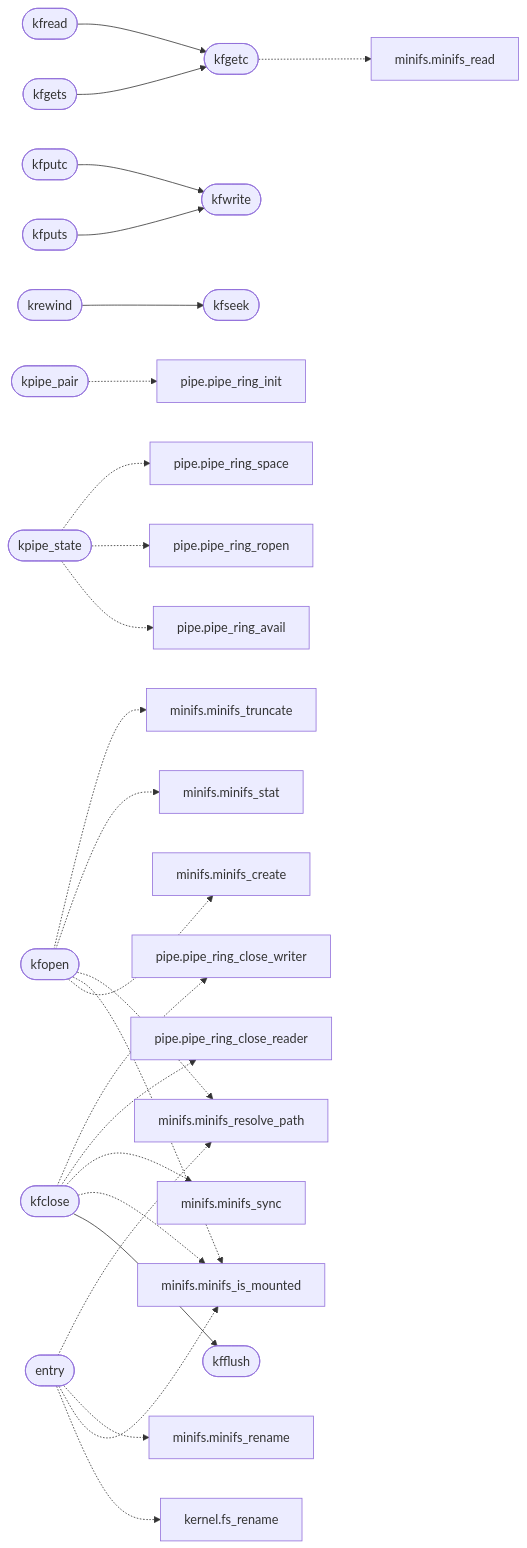
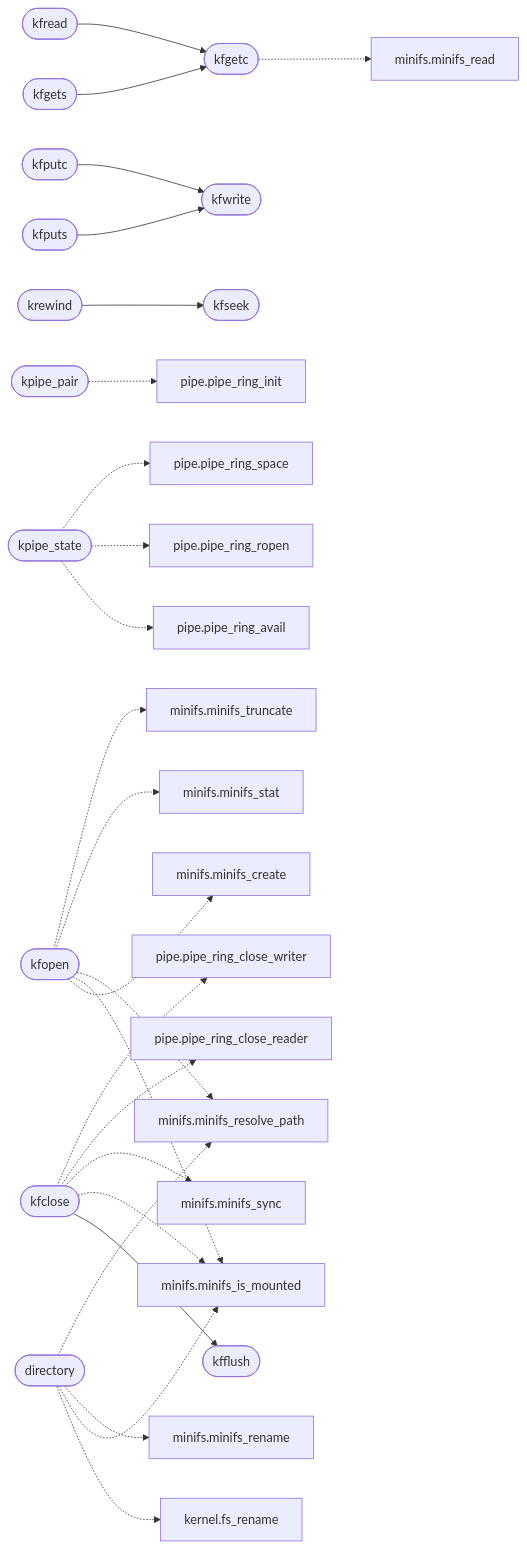
One commit to grisuno/miniOS changed the diagram in readmenator-apidocs/modules/fs.kfile.c.md. Above: the diagram before and after it, drawn with Mermaid. The commit also changed other lines of this file and 138 other files, not shown here.

````diff
--- a/readmenator-apidocs/modules/fs.kfile.c.md
+++ b/readmenator-apidocs/modules/fs.kfile.c.md
@@ -15,56 +15,56 @@
 ```mermaid
 flowchart LR
     n_fs_kfile_c__kfclose(["kfclose"])
     n_fs_kfile_c__kfflush(["kfflush"])
     n_fs_kfile_c__kfgets(["kfgets"])
     n_fs_kfile_c__kfgetc(["kfgetc"])
     n_fs_kfile_c__kfread(["kfread"])
     n_fs_kfile_c__kfputs(["kfputs"])
     n_fs_kfile_c__kfwrite(["kfwrite"])
     n_fs_kfile_c__kfputc(["kfputc"])
     n_fs_kfile_c__krewind(["krewind"])
     n_fs_kfile_c__kfseek(["kfseek"])
     n_fs_kfile_c__kpipe_pair(["kpipe_pair"])
     n_headers_pipe_h__pipe_ring_init["pipe.pipe_ring_init"]
     n_fs_kfile_c__kpipe_state(["kpipe_state"])
     n_headers_pipe_h__pipe_ring_avail["pipe.pipe_ring_avail"]
     n_headers_pipe_h__pipe_ring_ropen["pipe.pipe_ring_ropen"]
     n_headers_pipe_h__pipe_ring_space["pipe.pipe_ring_space"]
     n_fs_kfile_c__kfopen(["kfopen"])
     n_headers_minifs_h__minifs_create["minifs.minifs_create"]
     n_headers_minifs_h__minifs_is_mounted["minifs.minifs_is_mounted"]
     n_headers_minifs_h__minifs_resolve_path["minifs.minifs_resolve_path"]
     n_headers_minifs_h__minifs_stat["minifs.minifs_stat"]
     n_headers_minifs_h__minifs_truncate["minifs.minifs_truncate"]
-    n_fs_kfile_c__entry(["entry"])
+    n_fs_kfile_c__directory(["directory"])
     n_headers_kernel_h__fs_rename["kernel.fs_rename"]
     n_headers_minifs_h__minifs_rename["minifs.minifs_rename"]
     n_headers_minifs_h__minifs_sync["minifs.minifs_sync"]
     n_headers_pipe_h__pipe_ring_close_reader["pipe.pipe_ring_close_reader"]
     n_headers_pipe_h__pipe_ring_close_writer["pipe.pipe_ring_close_writer"]
     n_headers_minifs_h__minifs_read["minifs.minifs_read"]
     n_fs_kfile_c__kfclose --> n_fs_kfile_c__kfflush
     n_fs_kfile_c__kfgets --> n_fs_kfile_c__kfgetc
     n_fs_kfile_c__kfread --> n_fs_kfile_c__kfgetc
     n_fs_kfile_c__kfputs --> n_fs_kfile_c__kfwrite
     n_fs_kfile_c__kfputc --> n_fs_kfile_c__kfwrite
     n_fs_kfile_c__krewind --> n_fs_kfile_c__kfseek
     n_fs_kfile_c__kpipe_pair -.-> n_headers_pipe_h__pipe_ring_init
     n_fs_kfile_c__kpipe_state -.-> n_headers_pipe_h__pipe_ring_avail
     n_fs_kfile_c__kpipe_state -.-> n_headers_pipe_h__pipe_ring_ropen
     n_fs_kfile_c__kpipe_state -.-> n_headers_pipe_h__pipe_ring_space
     n_fs_kfile_c__kfopen -.-> n_headers_minifs_h__minifs_create
     n_fs_kfile_c__kfopen -.-> n_headers_minifs_h__minifs_is_mounted
     n_fs_kfile_c__kfopen -.-> n_headers_minifs_h__minifs_resolve_path
     n_fs_kfile_c__kfopen -.-> n_headers_minifs_h__minifs_stat
     n_fs_kfile_c__kfopen -.-> n_headers_minifs_h__minifs_truncate
-    n_fs_kfile_c__entry -.-> n_headers_kernel_h__fs_rename
-    n_fs_kfile_c__entry -.-> n_headers_minifs_h__minifs_is_mounted
-    n_fs_kfile_c__entry -.-> n_headers_minifs_h__minifs_rename
-    n_fs_kfile_c__entry -.-> n_headers_minifs_h__minifs_resolve_path
+    n_fs_kfile_c__directory -.-> n_headers_kernel_h__fs_rename
+    n_fs_kfile_c__directory -.-> n_headers_minifs_h__minifs_is_mounted
+    n_fs_kfile_c__directory -.-> n_headers_minifs_h__minifs_rename
+    n_fs_kfile_c__directory -.-> n_headers_minifs_h__minifs_resolve_path
     n_fs_kfile_c__kfclose -.-> n_headers_minifs_h__minifs_is_mounted
     n_fs_kfile_c__kfclose -.-> n_headers_minifs_h__minifs_sync
     n_fs_kfile_c__kfclose -.-> n_headers_pipe_h__pipe_ring_close_reader
     n_fs_kfile_c__kfclose -.-> n_headers_pipe_h__pipe_ring_close_writer
     n_fs_kfile_c__kfgetc -.-> n_headers_minifs_h__minifs_read
 ```
````
